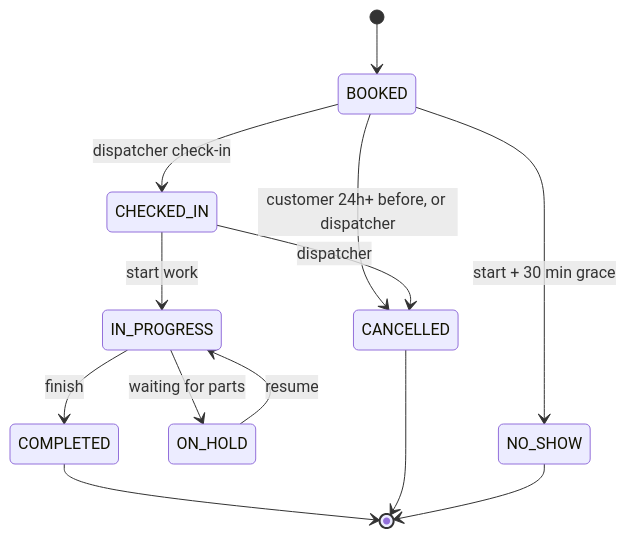
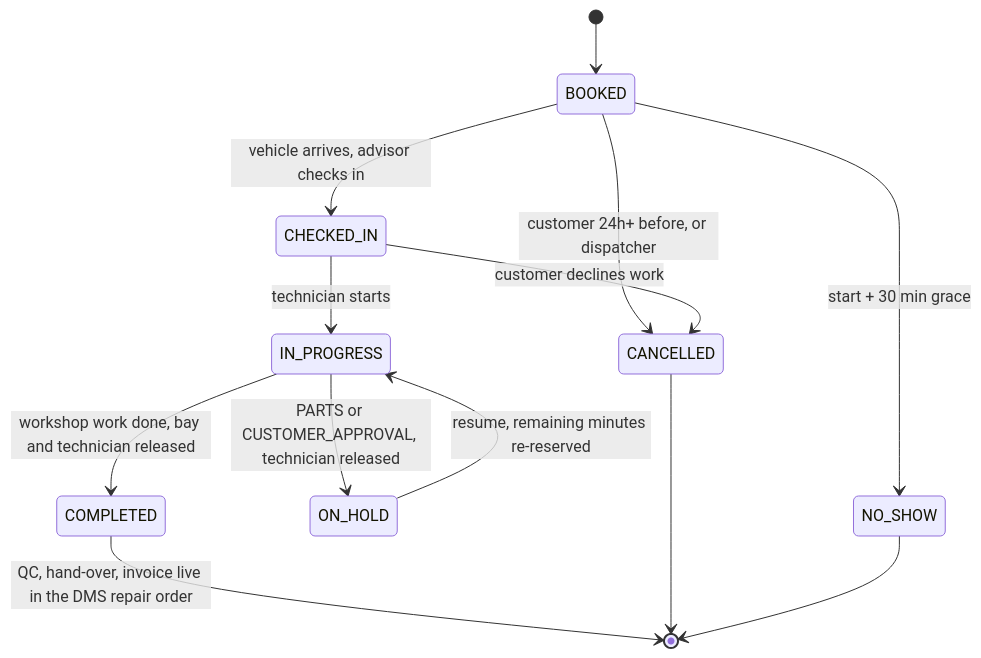
The diagram in docs/diagrams/04-lifecycle.mmd (leole20236/unified-service-scheduler), drawn with Mermaid before and after one commit. The commit also changed 4 other files, not shown here.

```diff
--- a/docs/diagrams/04-lifecycle.mmd
+++ b/docs/diagrams/04-lifecycle.mmd
@@ -1,13 +1,13 @@
 stateDiagram-v2
     [*] --> BOOKED
-    BOOKED --> CHECKED_IN : dispatcher check-in
+    BOOKED --> CHECKED_IN : vehicle arrives, advisor checks in
     BOOKED --> CANCELLED : customer 24h+ before, or dispatcher
     BOOKED --> NO_SHOW : start + 30 min grace
-    CHECKED_IN --> IN_PROGRESS : start work
-    CHECKED_IN --> CANCELLED : dispatcher
-    IN_PROGRESS --> ON_HOLD : waiting for parts
-    ON_HOLD --> IN_PROGRESS : resume
-    IN_PROGRESS --> COMPLETED : finish
-    COMPLETED --> [*]
+    CHECKED_IN --> IN_PROGRESS : technician starts
+    CHECKED_IN --> CANCELLED : customer declines work
+    IN_PROGRESS --> ON_HOLD : PARTS or CUSTOMER_APPROVAL, technician released
+    ON_HOLD --> IN_PROGRESS : resume, remaining minutes re-reserved
+    IN_PROGRESS --> COMPLETED : workshop work done, bay and technician released
+    COMPLETED --> [*] : QC, hand-over, invoice live in the DMS repair order
     CANCELLED --> [*]
     NO_SHOW --> [*]
```
